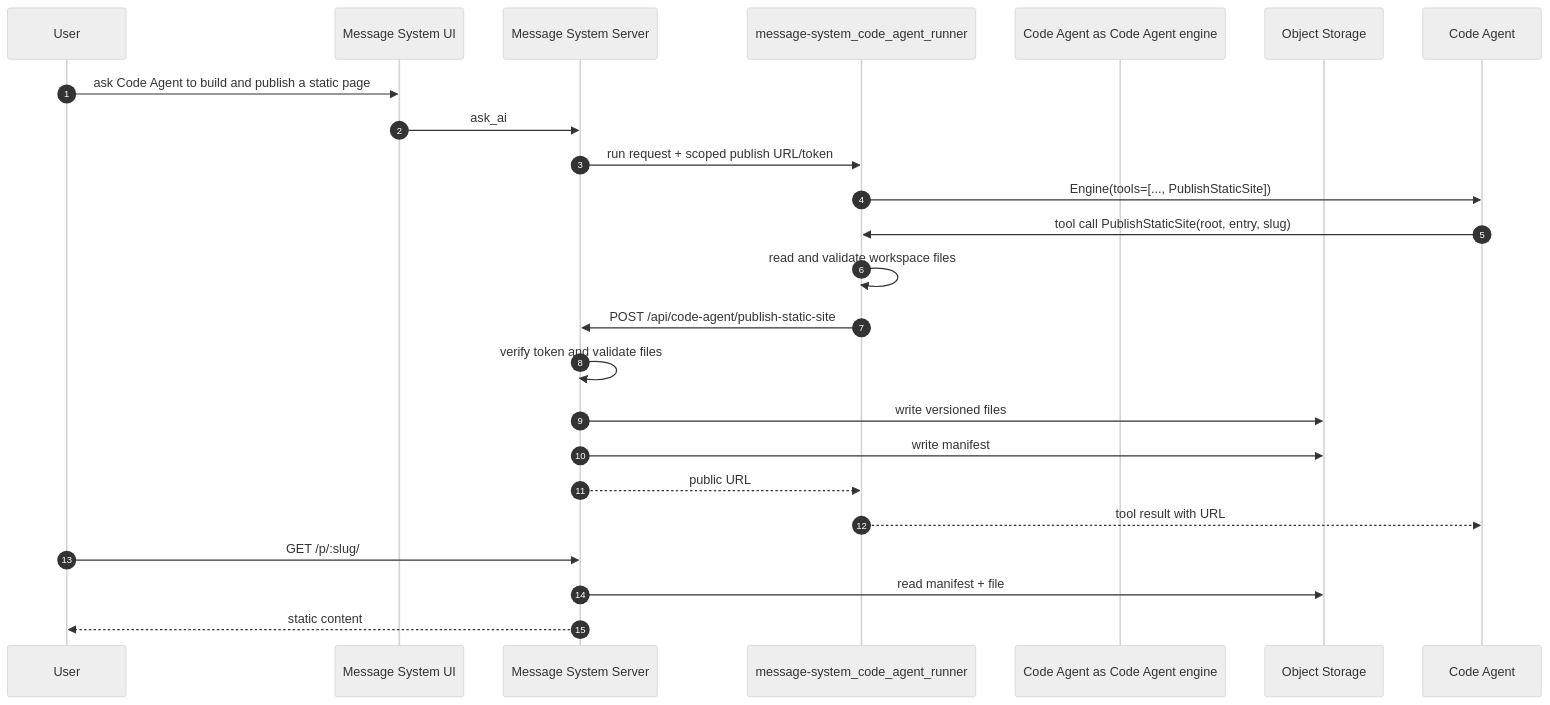
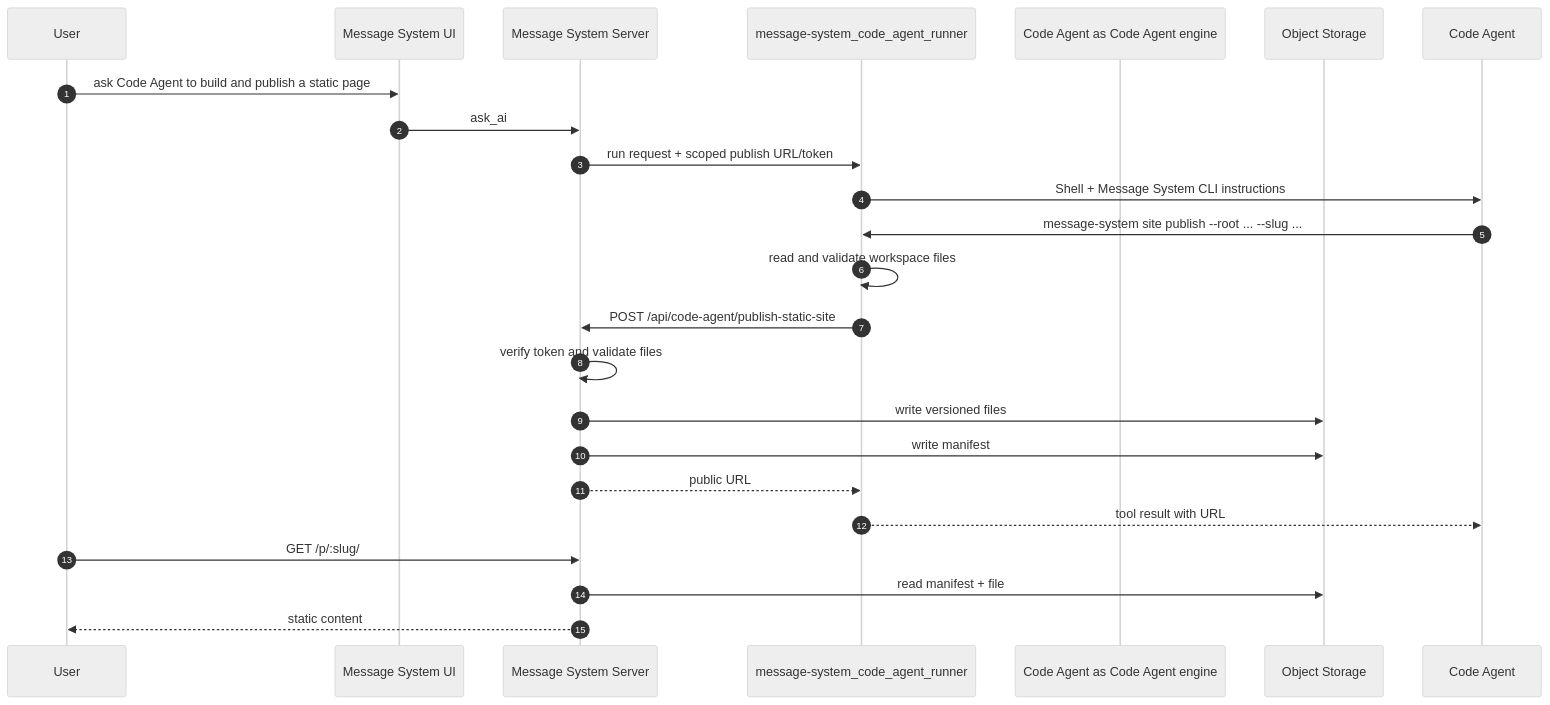
One commit to WENLIN-LI/message-system changed the diagram in docs/code-agent-static-publish-implementation.md. Above: the diagram before and after it, drawn with Mermaid (neutral theme). The commit also changed other lines of this file and 21 other files, not shown here.

Commit message:
feat: manage static sites through Message System CLI

````diff
--- a/docs/code-agent-static-publish-implementation.md
+++ b/docs/code-agent-static-publish-implementation.md
@@ -7,26 +7,26 @@
 ```mermaid
 sequenceDiagram
     autonumber
     participant User
     participant UI as Message System UI
     participant Node as Message System Server
     participant Runner as message-system_code_agent_runner
     participant Code Agent as Code Agent engine
     participant Store as Object Storage
 
     User->>UI: ask Code Agent to build and publish a static page
     UI->>Node: ask_ai
     Node->>Runner: run request + scoped publish URL/token
-    Runner->>Code Agent: Engine(tools=[..., PublishStaticSite])
-    Code Agent->>Runner: tool call PublishStaticSite(root, entry, slug)
+    Runner->>Code Agent: Shell + Message System CLI instructions
+    Code Agent->>Runner: message-system site publish --root ... --slug ...
     Runner->>Runner: read and validate workspace files
     Runner->>Node: POST /api/code-agent/publish-static-site
     Node->>Node: verify token and validate files
     Node->>Store: write versioned files
     Node->>Store: write manifest
     Node-->>Runner: public URL
     Runner-->>Code Agent: tool result with URL
     User->>Node: GET /p/:slug/
     Node->>Store: read manifest + file
     Node-->>User: static content
 ```
````
